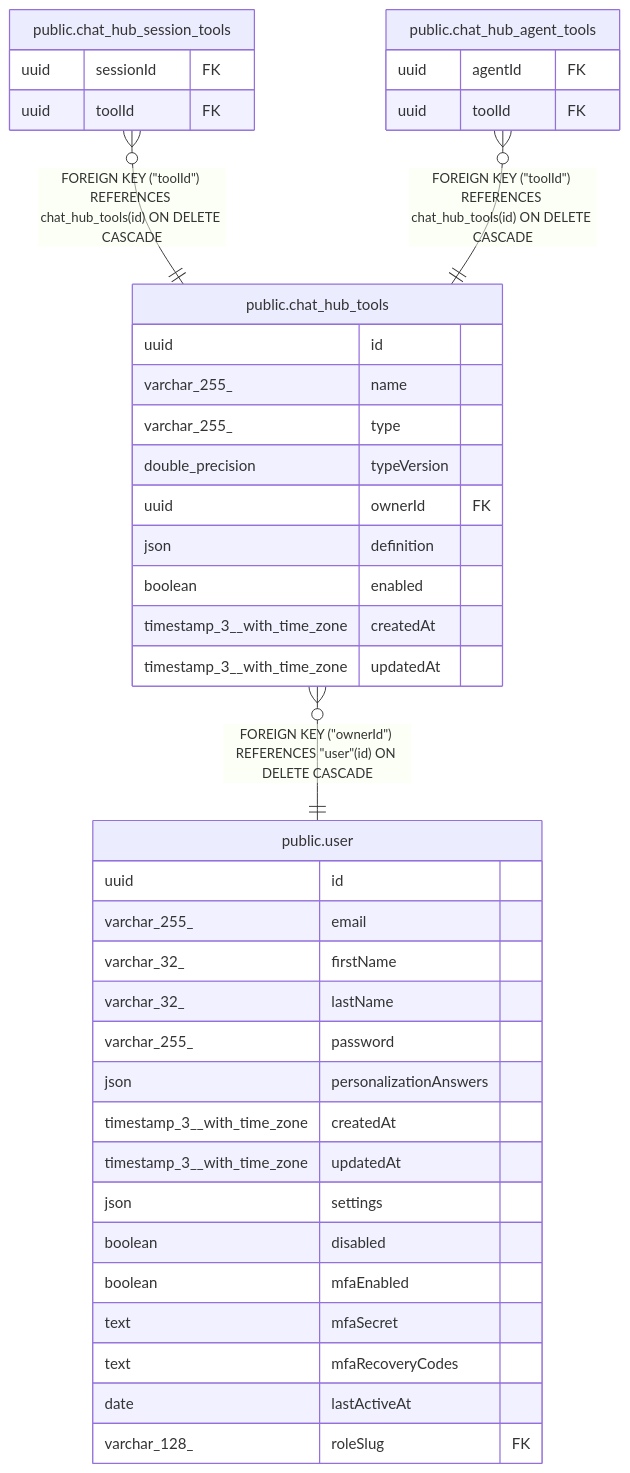
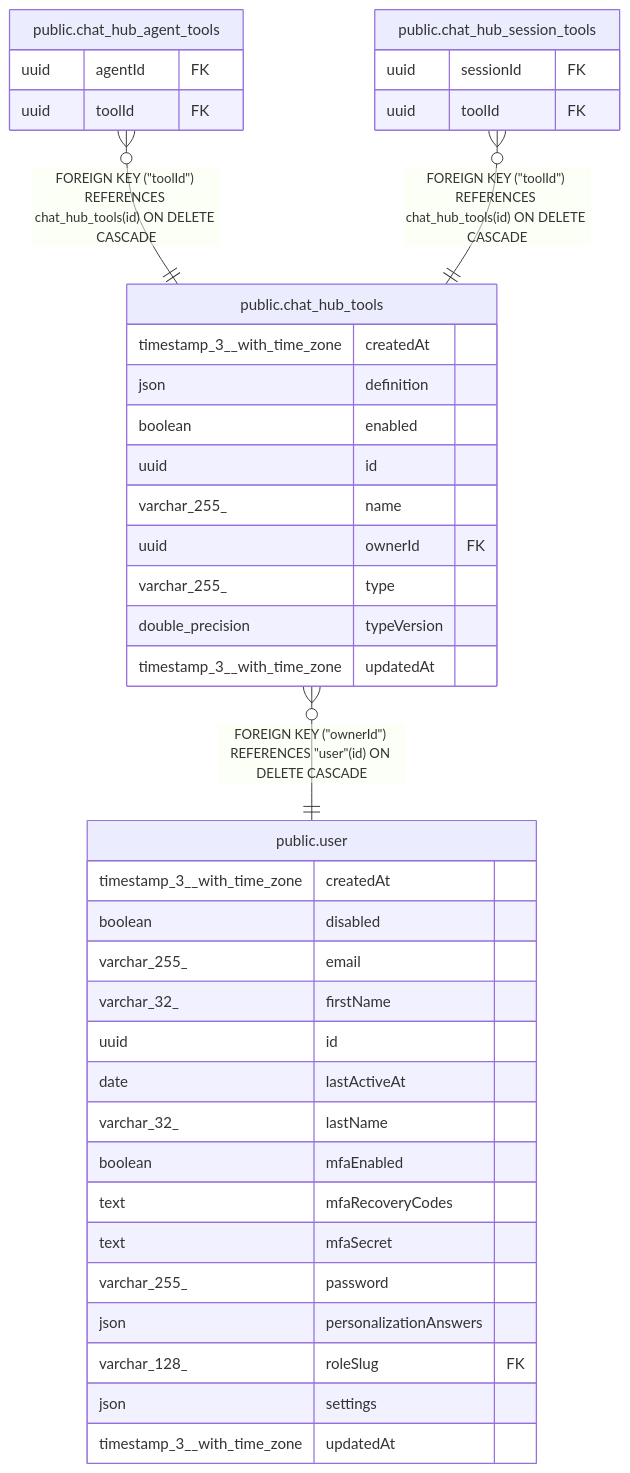
The diagram in docs/generated/postgres-schema/public.chat_hub_tools.md (mayankjain1815-commits/n8n), drawn with Mermaid before and after one commit. The commit also changed other lines of this file and 221 other files, not shown here.

Commit message:
chore(core): Make DB schema docs generation deterministic (#32373)

````diff
--- a/docs/generated/postgres-schema/public.chat_hub_tools.md
+++ b/docs/generated/postgres-schema/public.chat_hub_tools.md
@@ -42,44 +42,44 @@
 ```mermaid
 erDiagram
 
+"public.chat_hub_agent_tools" }o--|| "public.chat_hub_tools" : "FOREIGN KEY (#quot;toolId#quot;) REFERENCES chat_hub_tools(id) ON DELETE CASCADE"
 "public.chat_hub_session_tools" }o--|| "public.chat_hub_tools" : "FOREIGN KEY (#quot;toolId#quot;) REFERENCES chat_hub_tools(id) ON DELETE CASCADE"
-"public.chat_hub_agent_tools" }o--|| "public.chat_hub_tools" : "FOREIGN KEY (#quot;toolId#quot;) REFERENCES chat_hub_tools(id) ON DELETE CASCADE"
 "public.chat_hub_tools" }o--|| "public.user" : "FOREIGN KEY (#quot;ownerId#quot;) REFERENCES #quot;user#quot;(id) ON DELETE CASCADE"
 
 "public.chat_hub_tools" {
+  timestamp_3__with_time_zone createdAt
+  json definition
+  boolean enabled
   uuid id
   varchar_255_ name
+  uuid ownerId FK
   varchar_255_ type
   double_precision typeVersion
-  uuid ownerId FK
-  json definition
-  boolean enabled
-  timestamp_3__with_time_zone createdAt
   timestamp_3__with_time_zone updatedAt
+}
+"public.chat_hub_agent_tools" {
+  uuid agentId FK
+  uuid toolId FK
 }
 "public.chat_hub_session_tools" {
   uuid sessionId FK
   uuid toolId FK
 }
-"public.chat_hub_agent_tools" {
-  uuid agentId FK
-  uuid toolId FK
-}
 "public.user" {
-  uuid id
+  timestamp_3__with_time_zone createdAt
+  boolean disabled
   varchar_255_ email
   varchar_32_ firstName
+  uuid id
+  date lastActiveAt
   varchar_32_ lastName
+  boolean mfaEnabled
+  text mfaRecoveryCodes
+  text mfaSecret
   varchar_255_ password
   json personalizationAnswers
-  timestamp_3__with_time_zone createdAt
+  varchar_128_ roleSlug FK
+  json settings
   timestamp_3__with_time_zone updatedAt
-  json settings
-  boolean disabled
-  boolean mfaEnabled
-  text mfaSecret
-  text mfaRecoveryCodes
-  date lastActiveAt
-  varchar_128_ roleSlug FK
 }
 ```
````
